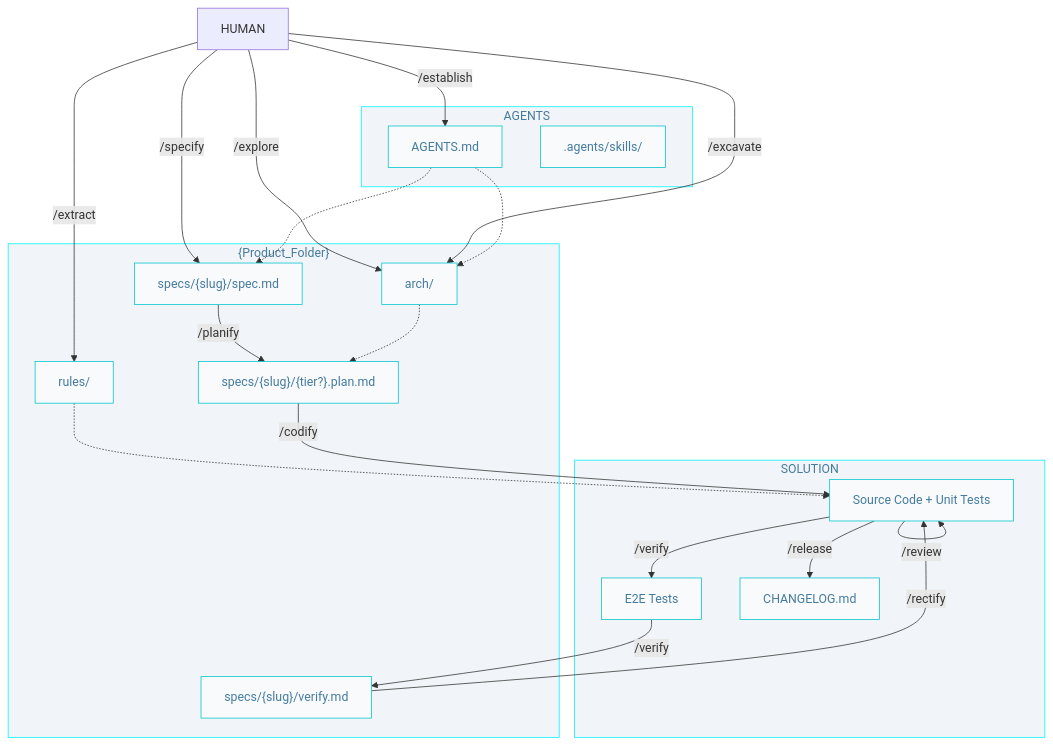
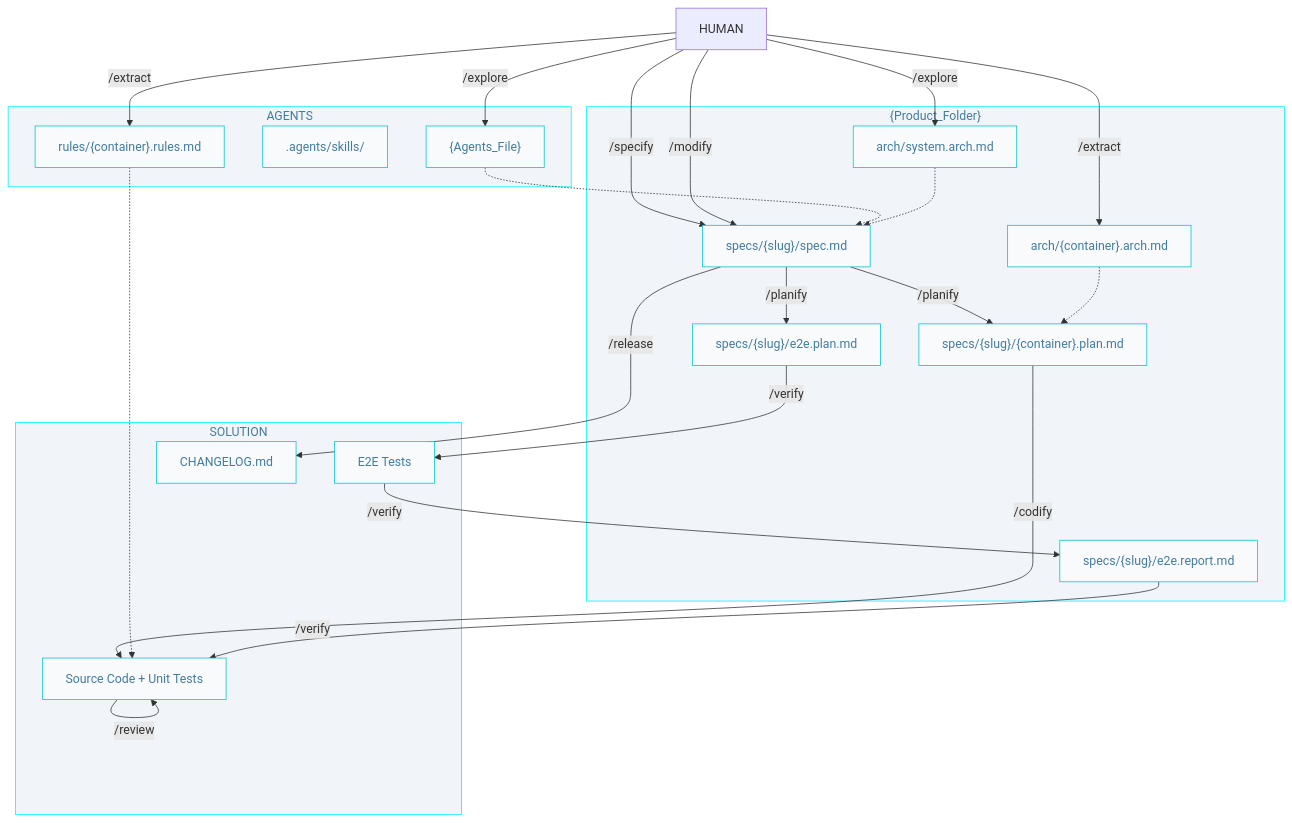
Before and after one commit to AIDDbot/AIDDbot: the diagram in docs/AIDD.workflow.md, drawn with Mermaid. The commit also changed other lines of this file and 10 other files, not shown here.

````diff
--- a/docs/AIDD.workflow.md
+++ b/docs/AIDD.workflow.md
@@ -3,46 +3,50 @@
 ```mermaid
 flowchart TD
   classDef nd fill:#f8fafc,stroke:#00c4cc,color:#457b9d
   classDef sg fill:#f1f5f9,stroke:#00f2ff,color:#457b9d 
 
   HUM[HUMAN]
 
+  subgraph A["AGENTS"]
+      AGT["{Agents_File}"]:::nd
+      SKL[".agents/skills/"]:::nd
+      RUL["rules/{container}.rules.md"]:::nd
+  end  
+
   subgraph P["{Product_Folder}"]
+      ARC["arch/system.arch.md"]:::nd
+      CAR["arch/{container}.arch.md"]:::nd
       SPC["specs/{slug}/spec.md"]:::nd
-      PLN["specs/{slug}/{tier?}.plan.md"]:::nd
-      VER["specs/{slug}/verify.md"]:::nd
-      ARC["arch/"]:::nd
-      RUL["rules/"]:::nd
+      PLN["specs/{slug}/{container}.plan.md"]:::nd
+      EPL["specs/{slug}/e2e.plan.md"]:::nd
+      RPT["specs/{slug}/e2e.report.md"]:::nd
   end
-
-  subgraph A["AGENTS"]
-      AGT["AGENTS.md"]:::nd
-      SKL[".agents/skills/"]:::nd
-  end  
 
   subgraph S["SOLUTION"]
       COD["Source Code + Unit Tests"]:::nd
       E2E["E2E Tests"]:::nd
       CHL["CHANGELOG.md"]:::nd
   end
 
-  HUM -->|/establish| AGT
+  HUM -->|/explore| AGT
   HUM -->|/explore| ARC
-  HUM -->|/excavate| ARC
+  HUM -->|/extract| CAR
   HUM -->|/extract| RUL
   HUM -->|/specify| SPC
-  AGT -.-> SPC  
-  AGT -.-> ARC
-  RUL -.-> COD  
+  HUM -->|/modify| SPC
+  AGT -.-> SPC
+  ARC -.-> SPC
   SPC -->|/planify| PLN
-  ARC -.-> PLN
+  SPC -->|/planify| EPL
+  CAR -.-> PLN
 
   PLN -->|/codify| COD
-  COD -->|/verify| E2E
-  E2E -->|/verify| VER
-  VER -->|/rectify| COD
+  RUL -.-> COD
+  EPL -->|/verify| E2E
+  E2E -->|/verify| RPT
+  RPT -->|/verify| COD
   COD -->|/review| COD
-  COD -->|/release| CHL
+  SPC -->|/release| CHL
 
   class P,A,S sg
 ```
````
